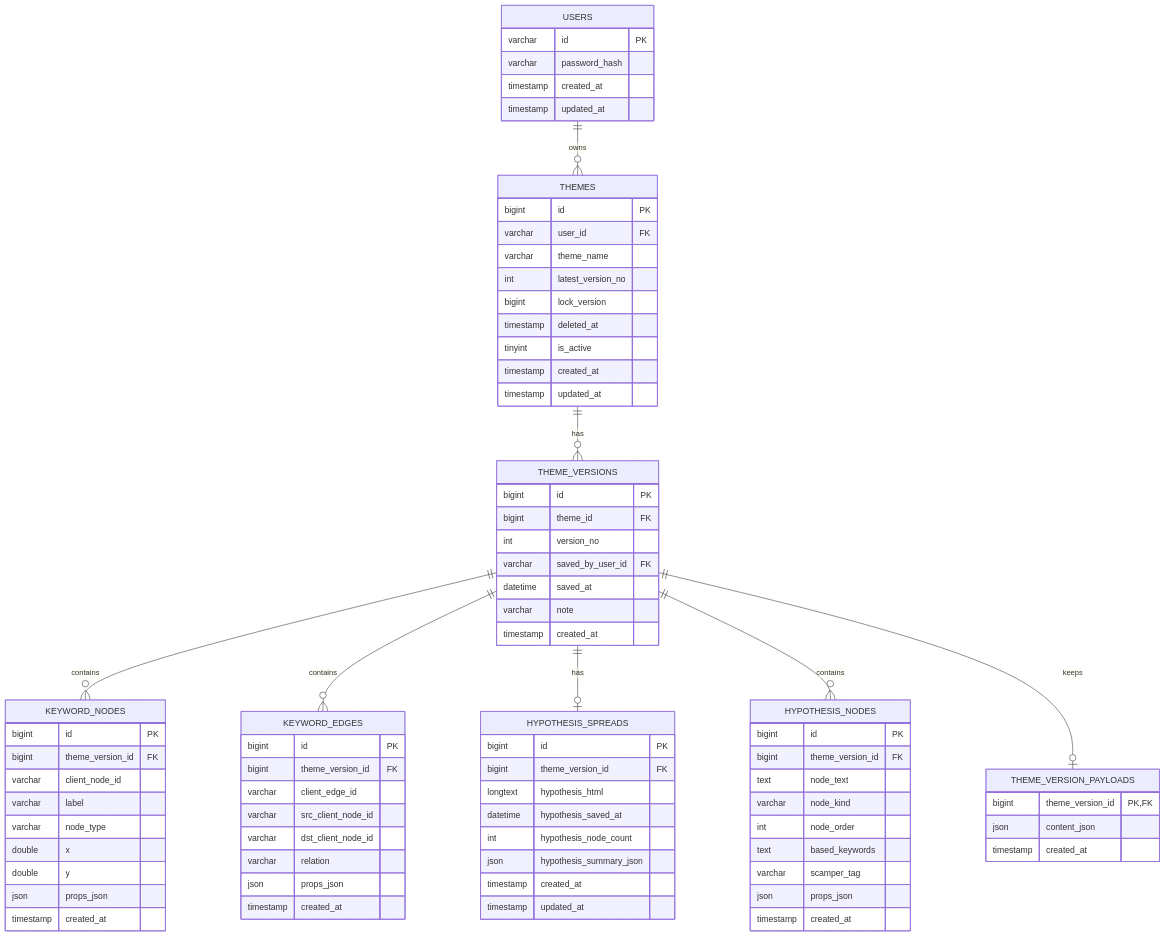
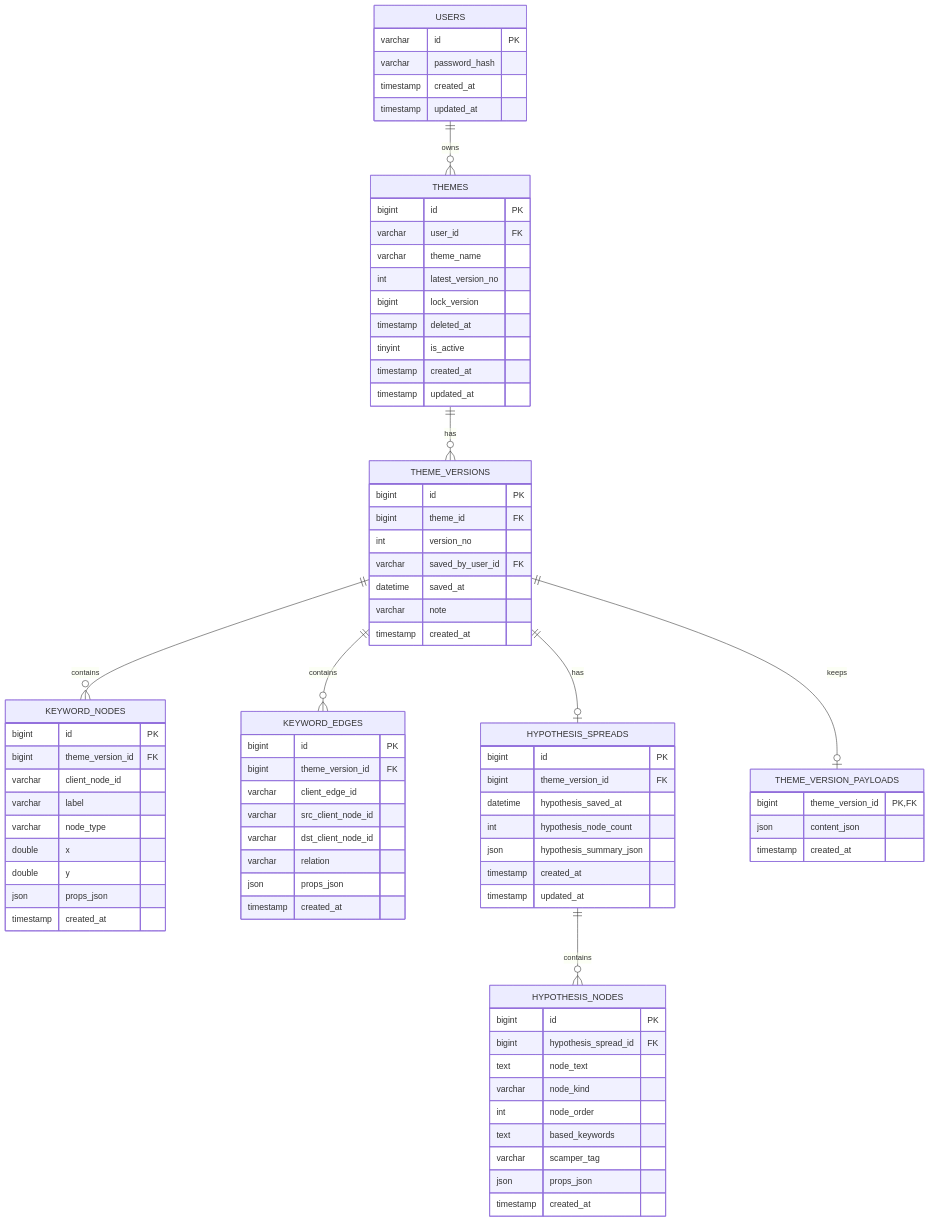
Before and after one commit to Yusei-Tanaka/MyProject: the first of 2 diagrams in docs/db-redesign-v2.md, drawn with Mermaid. The commit also changed other lines of this file and 14 other files, not shown here.

```diff
--- a/docs/db-redesign-v2.md
+++ b/docs/db-redesign-v2.md
@@ -174,7 +173,7 @@
     THEME_VERSIONS ||--o{ KEYWORD_NODES : contains
     THEME_VERSIONS ||--o{ KEYWORD_EDGES : contains
     THEME_VERSIONS ||--o| HYPOTHESIS_SPREADS : has
-    THEME_VERSIONS ||--o{ HYPOTHESIS_NODES : contains
+    HYPOTHESIS_SPREADS ||--o{ HYPOTHESIS_NODES : contains
     THEME_VERSIONS ||--o| THEME_VERSION_PAYLOADS : keeps
 
     USERS {
@@ -232,7 +231,6 @@
     HYPOTHESIS_SPREADS {
       bigint id PK
       bigint theme_version_id FK
-      longtext hypothesis_html
       datetime hypothesis_saved_at
       int hypothesis_node_count
       json hypothesis_summary_json
@@ -242,7 +240,7 @@
 
     HYPOTHESIS_NODES {
       bigint id PK
-      bigint theme_version_id FK
+      bigint hypothesis_spread_id FK
       text node_text
       varchar node_kind
       int node_order
```
